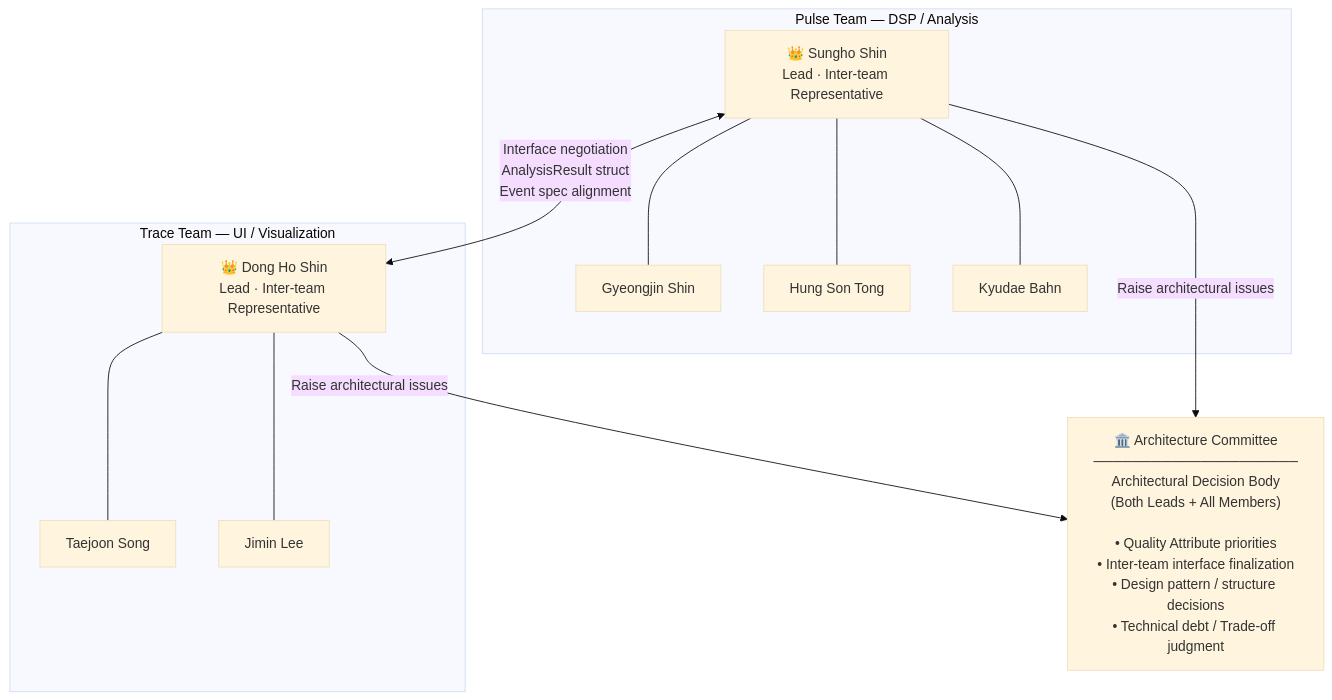
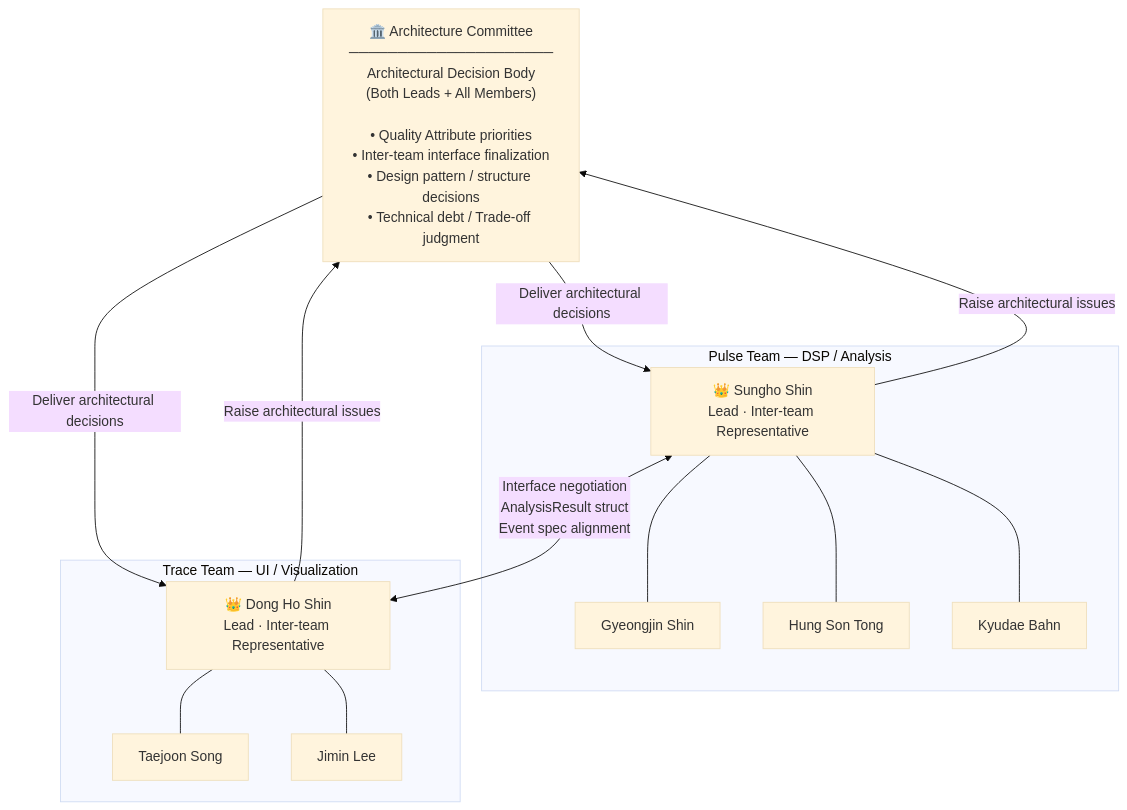
One commit to Ji-Min-Lee/2026-3-sw-architect-studio-project changed the diagram in docs/team-structure-en.md. Above: the diagram before and after it, drawn with Mermaid (base theme). The commit also changed 1 other file, not shown here.

Commit message:
docs: reorder mermaid diagram — Architecture Committee on top, teams below

````diff
--- a/docs/team-structure-en.md
+++ b/docs/team-structure-en.md
@@ -21,26 +21,29 @@
 ```mermaid
 graph TD
     AC["🏛️ Architecture Committee\n─────────────────────\nArchitectural Decision Body\n(Both Leads + All Members)\n\n• Quality Attribute priorities\n• Inter-team interface finalization\n• Design pattern / structure decisions\n• Technical debt / Trade-off judgment"]
+
+    AC -->|"Deliver architectural decisions"| TL2
+    AC -->|"Deliver architectural decisions"| TL3
+    TL2 -->|"Raise architectural issues"| AC
+    TL3 -->|"Raise architectural issues"| AC
 
     subgraph PT["Pulse Team — DSP / Analysis"]
         TL2["👑 Sungho Shin\nLead · Inter-team Representative"]
         M2A["Gyeongjin Shin"]
         M2B["Hung Son Tong"]
         M2C["Kyudae Bahn"]
         TL2 --- M2A
         TL2 --- M2B
         TL2 --- M2C
     end
 
     subgraph TT["Trace Team — UI / Visualization"]
         TL3["👑 Dong Ho Shin\nLead · Inter-team Representative"]
         M3A["Taejoon Song"]
         M3B["Jimin Lee"]
         TL3 --- M3A
         TL3 --- M3B
     end
 
     TL2 <-->|"Interface negotiation\nAnalysisResult struct\nEvent spec alignment"| TL3
-    TL2 -->|"Raise architectural issues"| AC
-    TL3 -->|"Raise architectural issues"| AC
 ```
````
